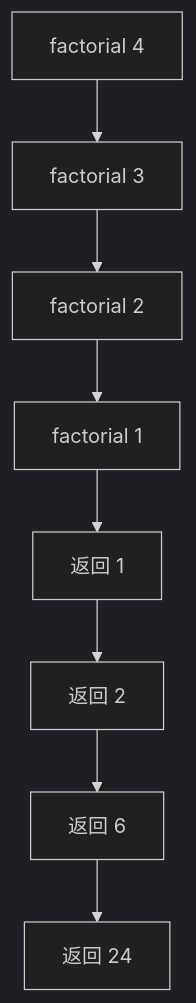
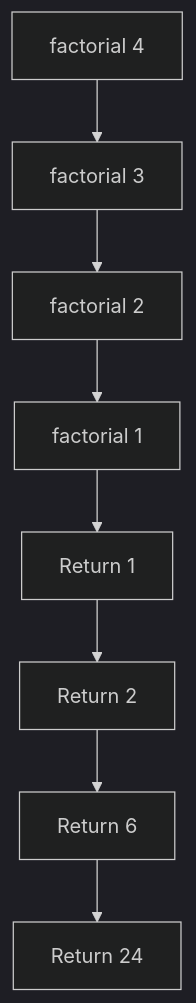
The first of 2 diagrams in src/content/technology/recursion.md (HONGLEI111/hhlblog-global), drawn with Mermaid (dark theme) before and after one commit. The commit also changed other lines of this file and 33 other files, not shown here.

First line of the commit message:
content(code): 翻译 mermaid 图节点标签（34 文件 / 267 处）

````diff
--- a/src/content/technology/recursion.md
+++ b/src/content/technology/recursion.md
@@ -38,10 +38,10 @@
 ```mermaid
 graph TD
     A[factorial 4] --> B[factorial 3]
     B --> C[factorial 2]
     C --> D[factorial 1]
-    D --> E[返回 1]
-    E --> F[返回 2]
-    F --> G[返回 6]
-    G --> H[返回 24]
+    D --> E[Return 1]
+    E --> F[Return 2]
+    F --> G[Return 6]
+    G --> H[Return 24]
 ```
````
